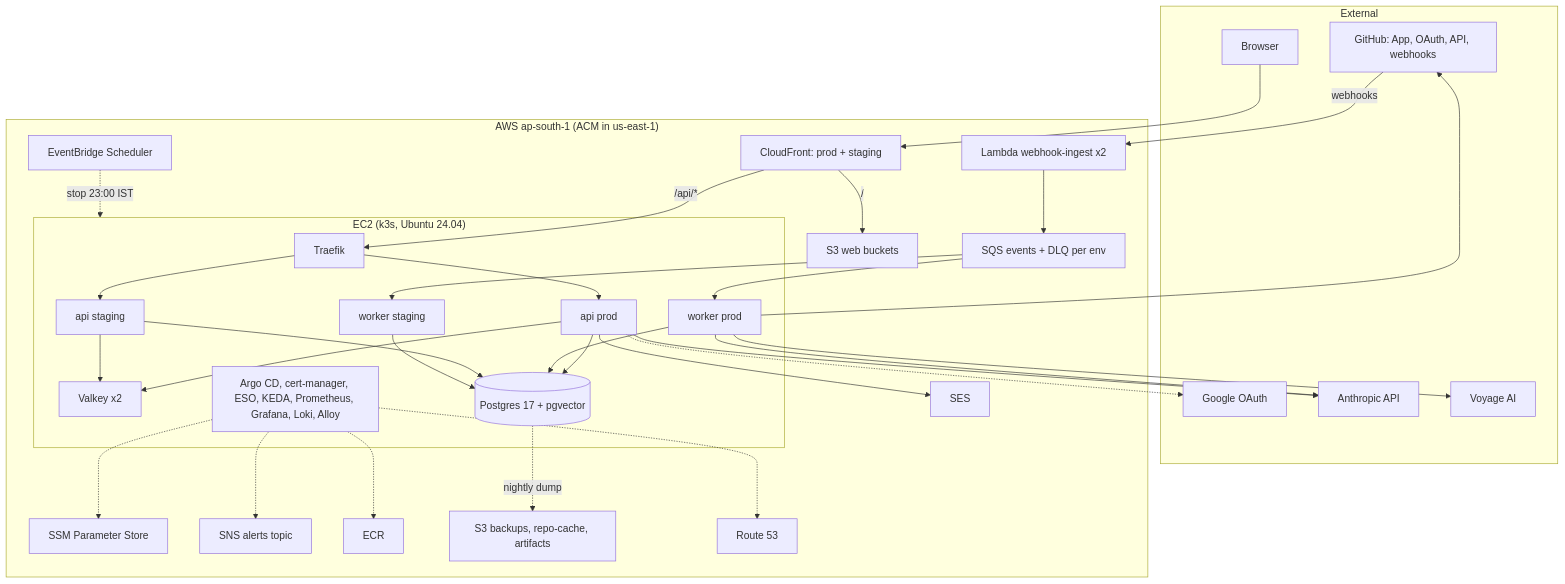
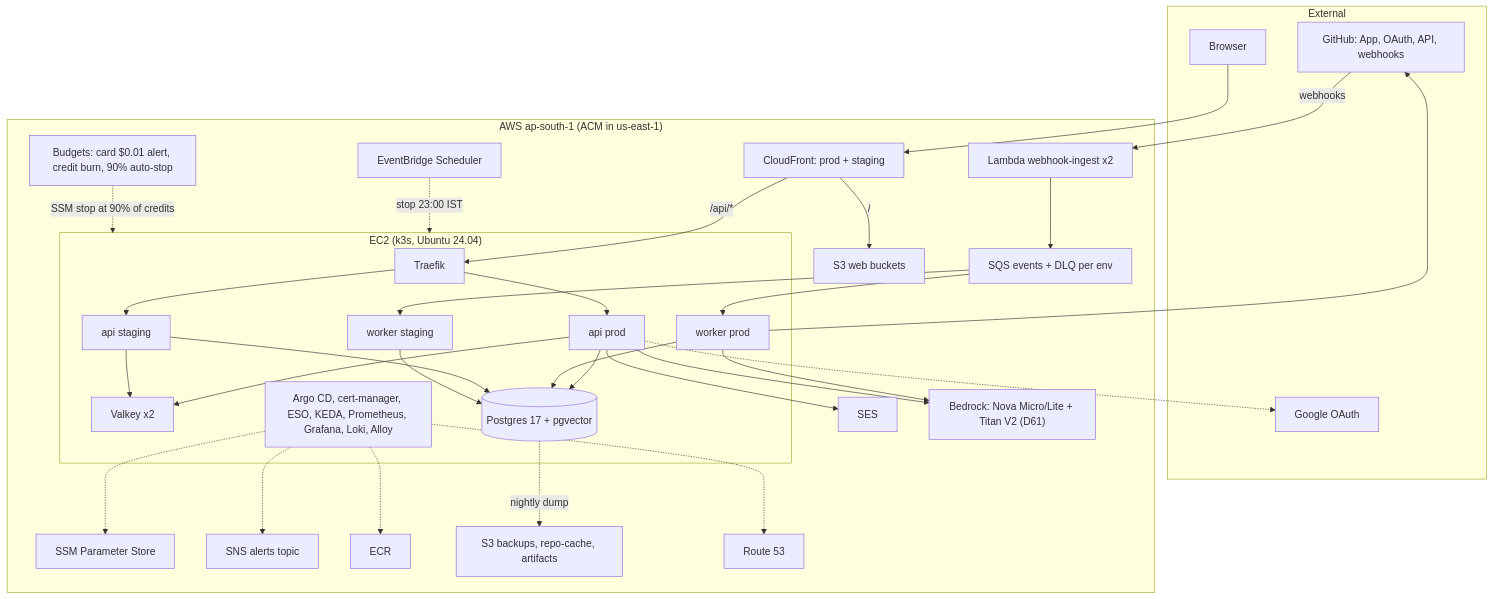
Before and after one commit to docify-work/docify: the first of 3 diagrams in docs/Docify_Master_Doc.md, drawn with Mermaid. The commit also changed other lines of this file and 4 other files, not shown here.

````diff
--- a/docs/Docify_Master_Doc.md
+++ b/docs/Docify_Master_Doc.md
@@ -173,63 +175,63 @@
 ```mermaid
 flowchart TB
     subgraph EXT["External"]
         U["Browser"]
         GH["GitHub: App, OAuth, API, webhooks"]
         GO["Google OAuth"]
-        ANT["Anthropic API"]
-        VOY["Voyage AI"]
     end
 
     subgraph AWS["AWS ap-south-1 (ACM in us-east-1)"]
         CF["CloudFront: prod + staging"]
         S3W["S3 web buckets"]
         LAM["Lambda webhook-ingest x2"]
         SQS["SQS events + DLQ per env"]
         SSM["SSM Parameter Store"]
         SES["SES"]
         SNS["SNS alerts topic"]
         ECR["ECR"]
         S3B["S3 backups, repo-cache, artifacts"]
         R53["Route 53"]
         SCH["EventBridge Scheduler"]
+        BR["Bedrock: Nova Micro/Lite + Titan V2 (D61)"]
+        BUD["Budgets: card $0.01 alert, credit burn, 90% auto-stop"]
 
         subgraph EC2["EC2 (k3s, Ubuntu 24.04)"]
             TR["Traefik"]
             APIp["api prod"]
             WKp["worker prod"]
             APIs["api staging"]
             WKs["worker staging"]
             VK["Valkey x2"]
             PG[("Postgres 17 + pgvector")]
             PLAT["Argo CD, cert-manager, ESO, KEDA, Prometheus, Grafana, Loki, Alloy"]
         end
     end
 
     U --> CF
     CF -->|"/"| S3W
     CF -->|"/api/*"| TR
     TR --> APIp
     TR --> APIs
     GH -->|"webhooks"| LAM
     LAM --> SQS
     SQS --> WKp
     SQS --> WKs
     APIp --> PG
     WKp --> PG
     APIs --> PG
     WKs --> PG
     APIp --> VK
     APIs --> VK
-    WKp --> ANT
-    WKp --> VOY
+    WKp --> BR
     WKp --> GH
-    APIp --> ANT
+    APIp --> BR
     APIp --> SES
     APIp -.-> GO
     PLAT -.-> SSM
     PLAT -.-> ECR
     PLAT -.-> R53
     PLAT -.-> SNS
     PG -.->|"nightly dump"| S3B
     SCH -.->|"stop 23:00 IST"| EC2
+    BUD -.->|"SSM stop at 90% of credits"| EC2
 ```
````
